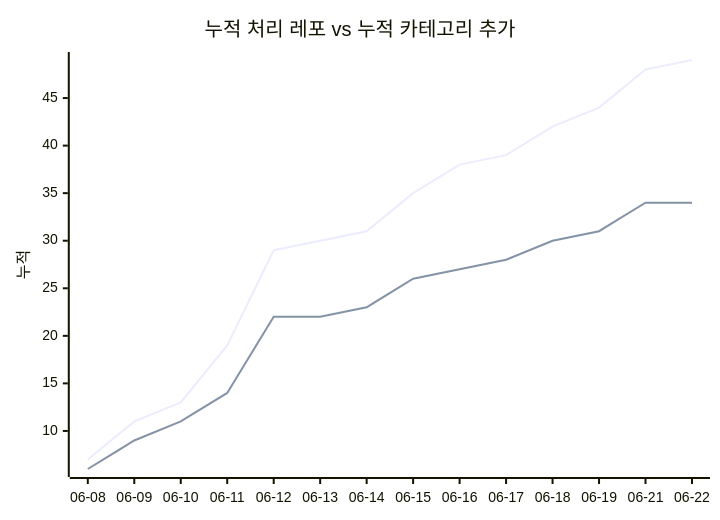
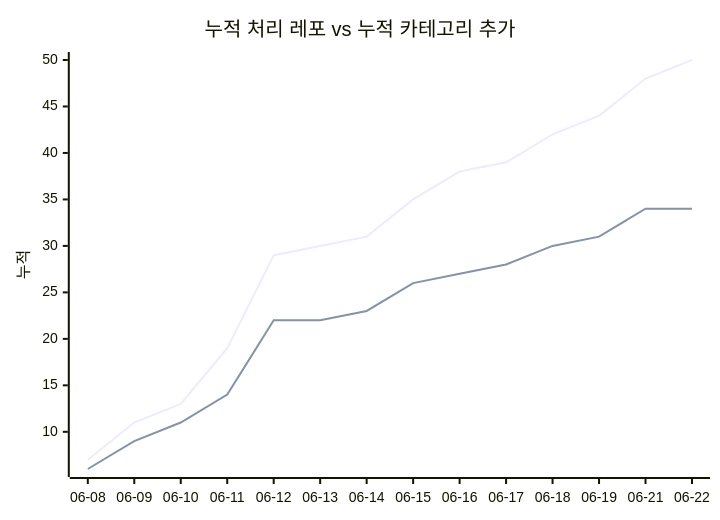
One commit to J-nowcow/awesome-korean-agent-skills changed the second of 2 diagrams in docs/trends.md. Above: the diagram before and after it, drawn with Mermaid. The commit also changed other lines of this file and 2 other files, not shown here.

````diff
--- a/docs/trends.md
+++ b/docs/trends.md
@@ -68,8 +68,8 @@
 ```mermaid
 xychart-beta
     title "누적 처리 레포 vs 누적 카테고리 추가"
     x-axis ["06-08","06-09","06-10","06-11","06-12","06-13","06-14","06-15","06-16","06-17","06-18","06-19","06-21","06-22"]
     y-axis "누적"
-    line [7,11,13,19,29,30,31,35,38,39,42,44,48,49]
+    line [7,11,13,19,29,30,31,35,38,39,42,44,48,50]
     line [6,9,11,14,22,22,23,26,27,28,30,31,34,34]
 ```
````
